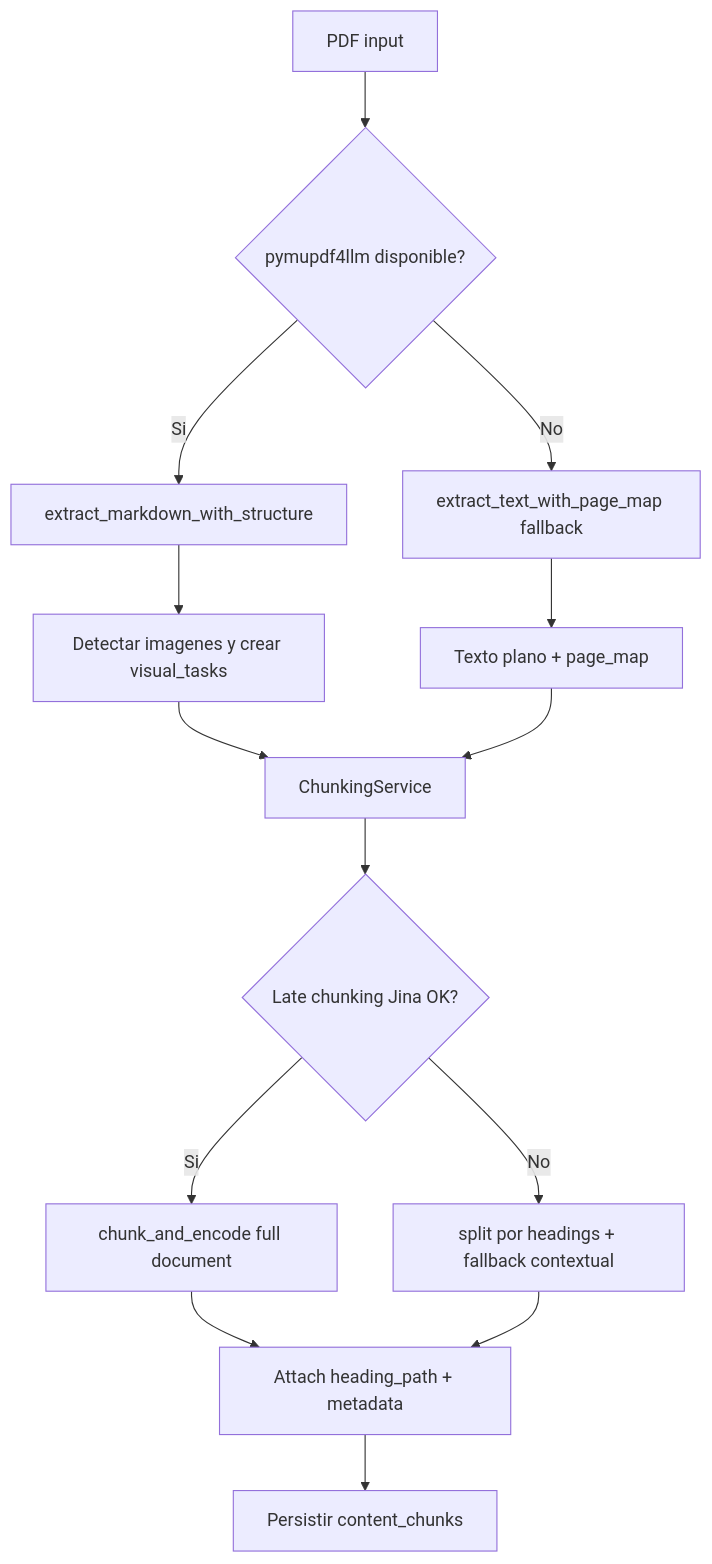
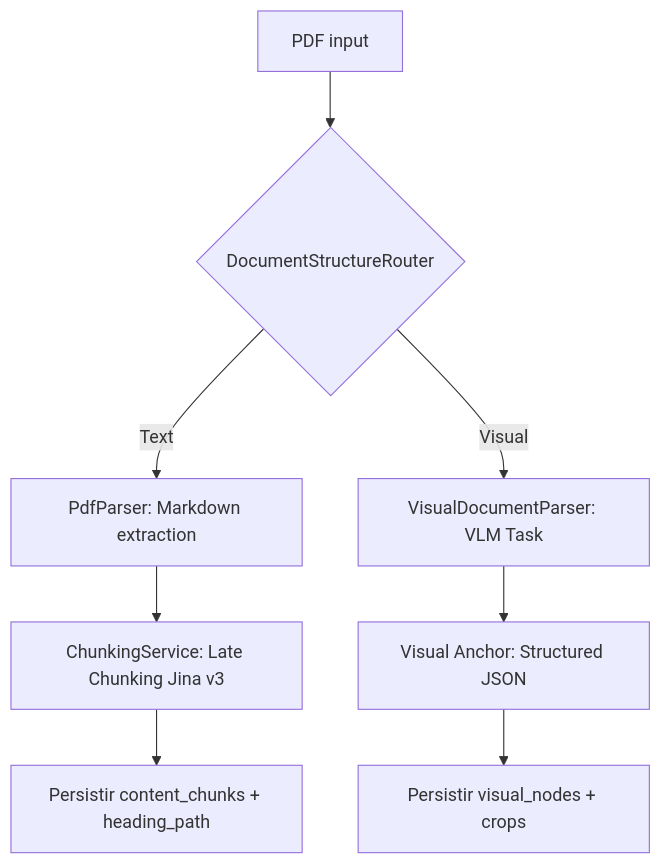
The fifth of 11 diagrams in rag-ingestion/docs/flows-and-diagrams.md (mcalza96/CIRE-RAG), drawn with Mermaid before and after one commit. The commit also changed other lines of this file and 25 other files, not shown here.

Commit message:
docs: update architecture diagrams and flows to reflect atomic engine and bootstrap fix

````diff
--- a/rag-ingestion/docs/flows-and-diagrams.md
+++ b/rag-ingestion/docs/flows-and-diagrams.md
@@ -98,20 +101,12 @@
 ```mermaid
 flowchart TD
-    P0[PDF input] --> P1{pymupdf4llm disponible?}
-    P1 -->|Si| P2[extract_markdown_with_structure]
-    P1 -->|No| P3[extract_text_with_page_map fallback]
+    P0[PDF input] --> P1{DocumentStructureRouter}
+    P1 -->|Text| P2[PdfParser: Markdown extraction]
+    P1 -->|Visual| P3[VisualDocumentParser: VLM Task]
 
-    P2 --> P4[Detectar imagenes y crear visual_tasks]
-    P3 --> P5[Texto plano + page_map]
+    P2 --> C1[ChunkingService: Late Chunking Jina v3]
+    P3 --> C2[Visual Anchor: Structured JSON]
 
-    P4 --> C1[ChunkingService]
-    P5 --> C1
-
-    C1 --> C2{Late chunking Jina OK?}
-    C2 -->|Si| C3[chunk_and_encode full document]
-    C2 -->|No| C4[split por headings + fallback contextual]
-
-    C3 --> C5[Attach heading_path + metadata]
-    C4 --> C5
-    C5 --> C6[Persistir content_chunks]
+    C1 --> C3[Persistir content_chunks + heading_path]
+    C2 --> C4[Persistir visual_nodes + crops]
 ```
````
